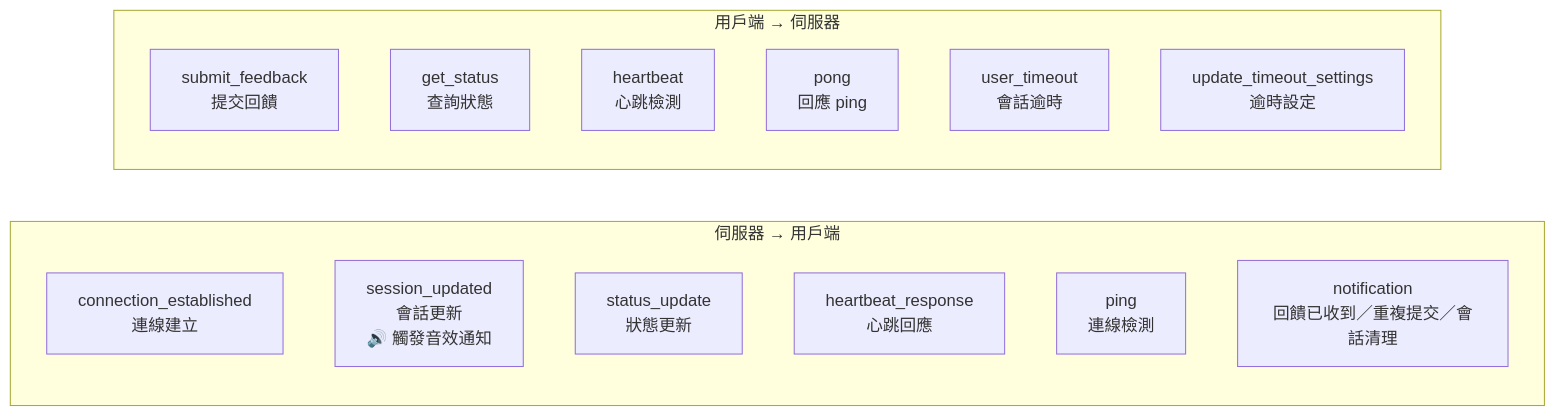
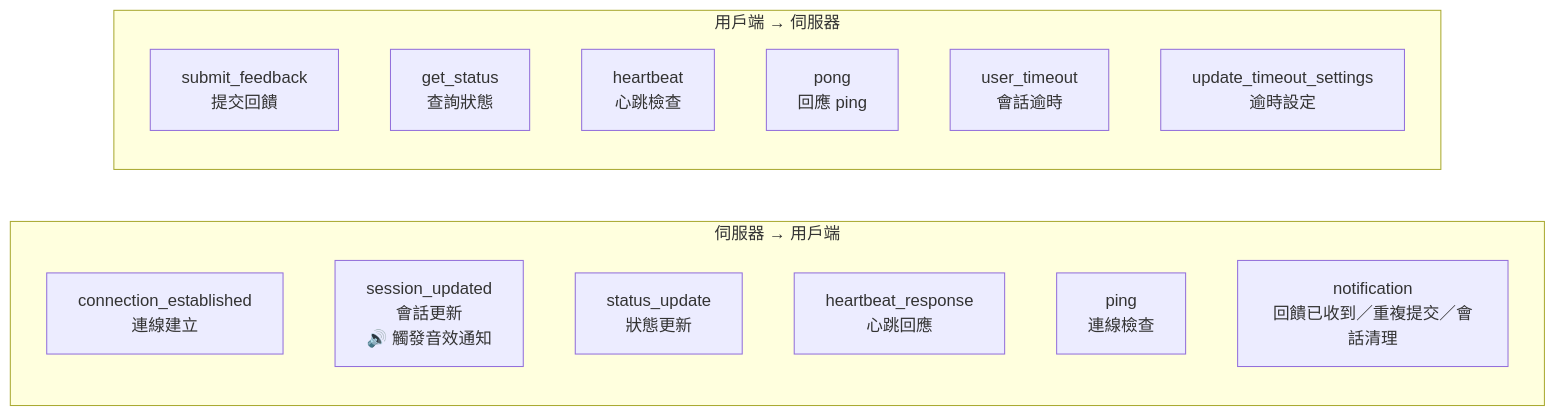
Diagram 11 of 12 in docs/architecture/interaction-flows.md (CloudEngineHub/mcp-feedback-enhanced), drawn with Mermaid before and after one commit. The commit also changed other lines of this file, not shown here.

````diff
--- a/docs/architecture/interaction-flows.md
+++ b/docs/architecture/interaction-flows.md
@@ -518,20 +518,20 @@
 ```mermaid
 graph LR
     subgraph "伺服器 → 用戶端"
         CE[connection_established<br/>連線建立]
         SU[session_updated<br/>會話更新<br/>🔊 觸發音效通知]
         ST[status_update<br/>狀態更新]
         HR[heartbeat_response<br/>心跳回應]
-        PI[ping<br/>連線檢測]
+        PI[ping<br/>連線檢查]
         NO[notification<br/>回饋已收到／重複提交／會話清理]
     end
 
     subgraph "用戶端 → 伺服器"
         SF[submit_feedback<br/>提交回饋]
         GS[get_status<br/>查詢狀態]
-        HB[heartbeat<br/>心跳檢測]
+        HB[heartbeat<br/>心跳檢查]
         PO[pong<br/>回應 ping]
         UT[user_timeout<br/>會話逾時]
         UTS[update_timeout_settings<br/>逾時設定]
     end
 ```
````
